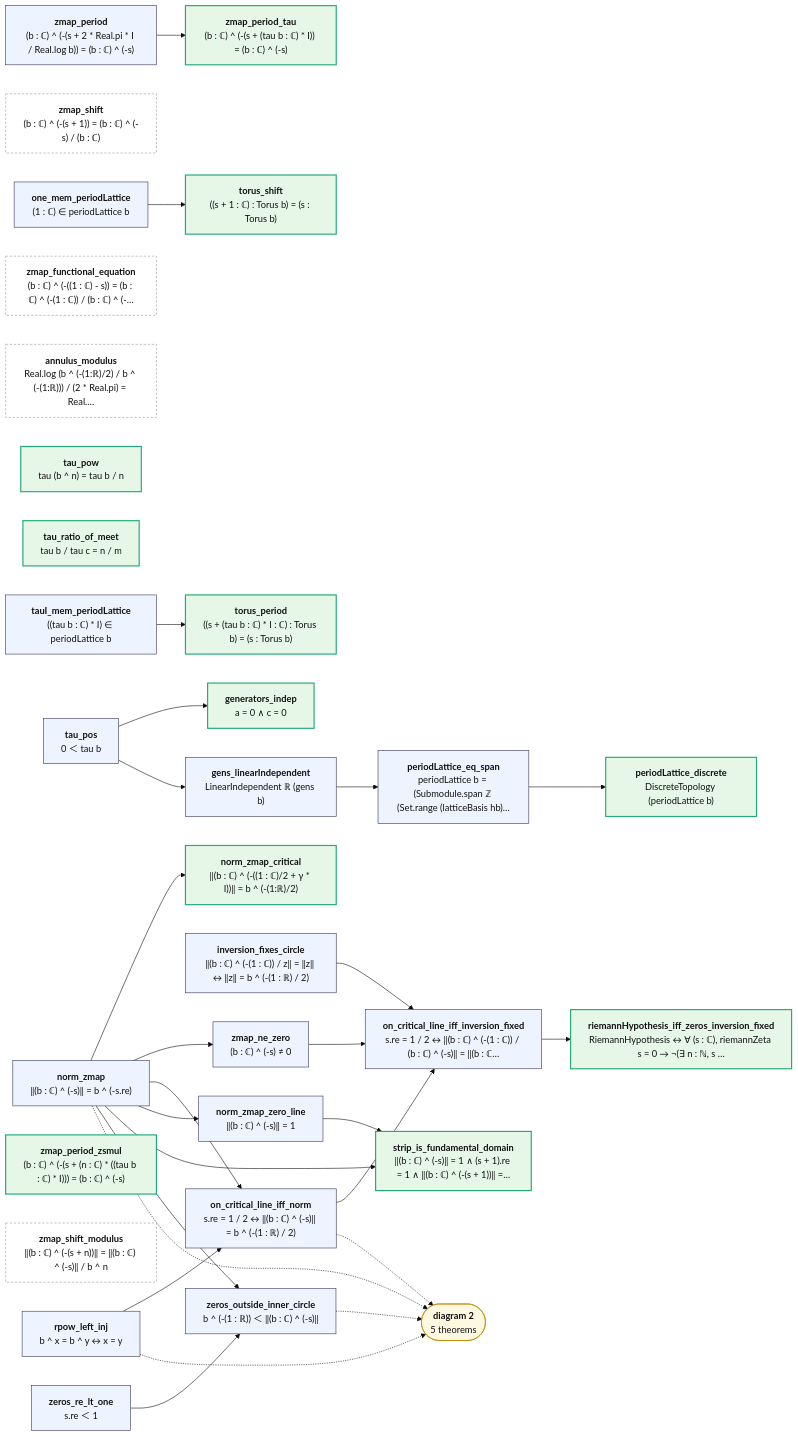
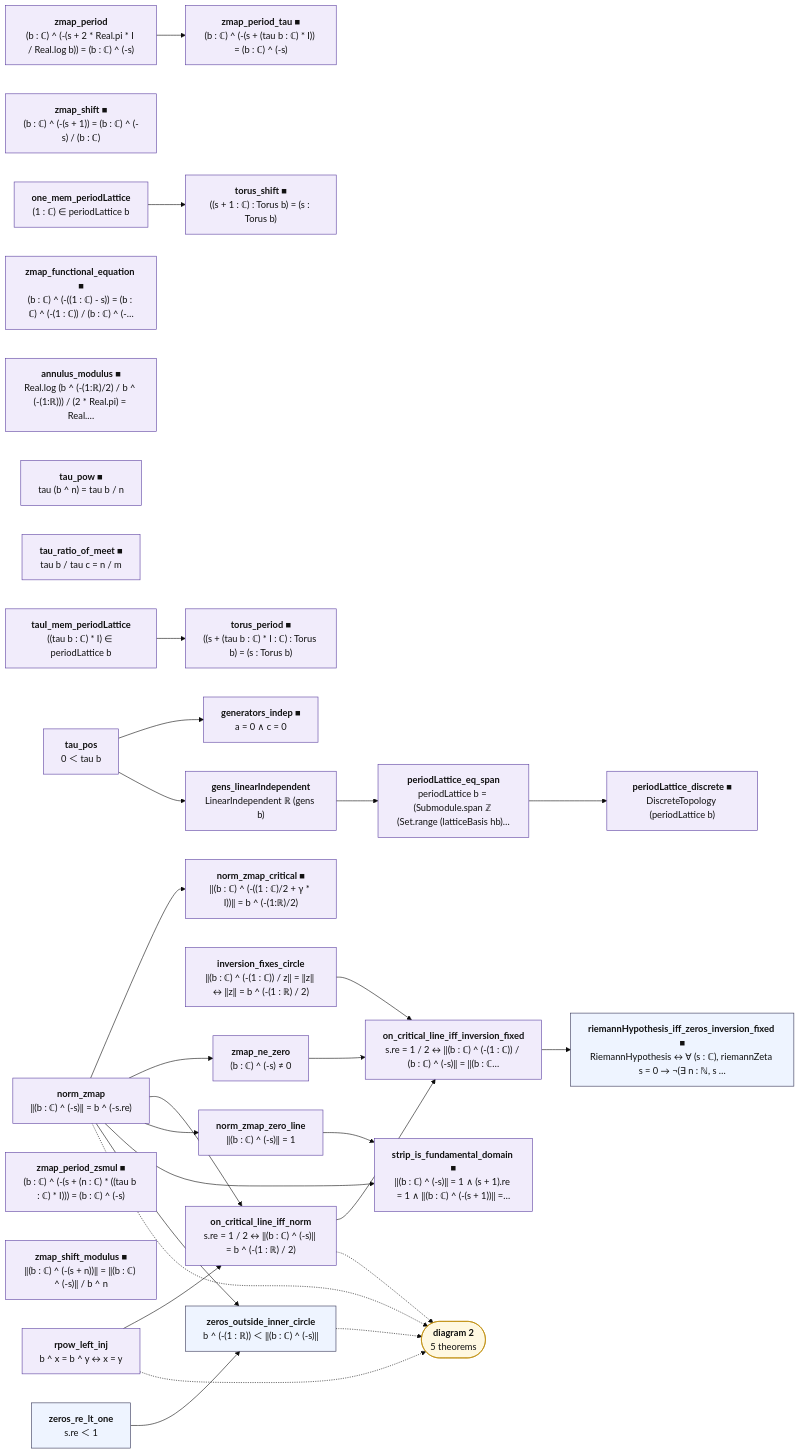
The first of 2 diagrams in map/lean/Transform.md (juliansambranojr/Primebeat_081426), drawn with Mermaid (base theme) before and after one commit. The commit also changed other lines of this file and 398 other files, not shown here.

First line of the commit message:
map: the table first. Three layers from Lean's record of each proof and everything beneath it: counting (integers only), shape (analysis, no zeta), reads zeta; map/TABLE.md lists every counting theorem; the Riemann hypothesis is drawn as one reading at the edge

````diff
--- a/map/lean/Transform.md
+++ b/map/lean/Transform.md
@@ -14,63 +14,66 @@
 ```mermaid
 flowchart LR
-  n0["<b>norm_zmap</b><br/>‖(b : ℂ) ^ (-s)‖ = b ^ (-s.re)"]:::thm
-  n1["<b>norm_zmap_critical</b><br/>‖(b : ℂ) ^ (-((1 : ℂ)/2 + γ * I))‖ = b ^ (-(1:ℝ)/2)"]:::end_
-  n2["<b>zmap_shift</b><br/>(b : ℂ) ^ (-(s + 1)) = (b : ℂ) ^ (-s) / (b : ℂ)"]:::lone
-  n3["<b>zmap_period</b><br/>(b : ℂ) ^ (-(s + 2 * Real.pi * I / Real.log b)) = (b : ℂ) ^ (-s)"]:::thm
-  n4["<b>zmap_functional_equation</b><br/>(b : ℂ) ^ (-((1 : ℂ) - s)) = (b : ℂ) ^ (-(1 : ℂ)) / (b : ℂ) ^ (-…"]:::lone
-  n5["<b>annulus_modulus</b><br/>Real.log (b ^ (-(1:ℝ)/2) / b ^ (-(1:ℝ))) / (2 * Real.pi) = Real.…"]:::lone
-  n6["<b>zmap_period_tau</b><br/>(b : ℂ) ^ (-(s + (tau b : ℂ) * I)) = (b : ℂ) ^ (-s)"]:::end_
-  n7["<b>tau_pow</b><br/>tau (b ^ n) = tau b / n"]:::end_
-  n8["<b>tau_ratio_of_meet</b><br/>tau b / tau c = n / m"]:::end_
-  n9["<b>one_mem_periodLattice</b><br/>(1 : ℂ) ∈ periodLattice b"]:::thm
-  n10["<b>tauI_mem_periodLattice</b><br/>((tau b : ℂ) * I) ∈ periodLattice b"]:::thm
-  n11["<b>tau_pos</b><br/>0 ＜ tau b"]:::thm
-  n12["<b>generators_indep</b><br/>a = 0 ∧ c = 0"]:::end_
-  n13["<b>gens_linearIndependent</b><br/>LinearIndependent ℝ (gens b)"]:::thm
-  n14["<b>periodLattice_eq_span</b><br/>periodLattice b = (Submodule.span ℤ (Set.range (latticeBasis hb)…"]:::thm
-  n15["<b>periodLattice_discrete</b><br/>DiscreteTopology (periodLattice b)"]:::end_
-  n16["<b>torus_shift</b><br/>((s + 1 : ℂ) : Torus b) = (s : Torus b)"]:::end_
-  n17["<b>torus_period</b><br/>((s + (tau b : ℂ) * I : ℂ) : Torus b) = (s : Torus b)"]:::end_
-  n18["<b>zmap_period_zsmul</b><br/>(b : ℂ) ^ (-(s + (n : ℂ) * ((tau b : ℂ) * I))) = (b : ℂ) ^ (-s)"]:::end_
-  n19["<b>zmap_shift_modulus</b><br/>‖(b : ℂ) ^ (-(s + n))‖ = ‖(b : ℂ) ^ (-s)‖ / b ^ n"]:::lone
-  n20["<b>inversion_fixes_circle</b><br/>‖(b : ℂ) ^ (-(1 : ℂ)) / z‖ = ‖z‖ ↔ ‖z‖ = b ^ (-(1 : ℝ) / 2)"]:::thm
-  n21["<b>rpow_left_inj</b><br/>b ^ x = b ^ y ↔ x = y"]:::thm
-  n22["<b>zmap_ne_zero</b><br/>(b : ℂ) ^ (-s) ≠ 0"]:::thm
-  n23["<b>on_critical_line_iff_norm</b><br/>s.re = 1 / 2 ↔ ‖(b : ℂ) ^ (-s)‖ = b ^ (-(1 : ℝ) / 2)"]:::thm
-  n24["<b>on_critical_line_iff_inversion_fixed</b><br/>s.re = 1 / 2 ↔ ‖(b : ℂ) ^ (-(1 : ℂ)) / (b : ℂ) ^ (-s)‖ = ‖(b : ℂ…"]:::thm
-  n25["<b>riemannHypothesis_iff_zeros_inversion_fixed</b><br/>RiemannHypothesis ↔ ∀ (s : ℂ), riemannZeta s = 0 → ¬(∃ n : ℕ, s …"]:::end_
-  n26["<b>norm_zmap_zero_line</b><br/>‖(b : ℂ) ^ (-s)‖ = 1"]:::thm
-  n27["<b>strip_is_fundamental_domain</b><br/>‖(b : ℂ) ^ (-s)‖ = 1 ∧ (s + 1).re = 1 ∧ ‖(b : ℂ) ^ (-(s + 1))‖ =…"]:::end_
+  n0["<b>norm_zmap</b><br/>‖(b : ℂ) ^ (-s)‖ = b ^ (-s.re)"]:::shp
+  n1["<b>norm_zmap_critical ■</b><br/>‖(b : ℂ) ^ (-((1 : ℂ)/2 + γ * I))‖ = b ^ (-(1:ℝ)/2)"]:::shp
+  n2["<b>zmap_shift ■</b><br/>(b : ℂ) ^ (-(s + 1)) = (b : ℂ) ^ (-s) / (b : ℂ)"]:::shp
+  n3["<b>zmap_period</b><br/>(b : ℂ) ^ (-(s + 2 * Real.pi * I / Real.log b)) = (b : ℂ) ^ (-s)"]:::shp
+  n4["<b>zmap_functional_equation ■</b><br/>(b : ℂ) ^ (-((1 : ℂ) - s)) = (b : ℂ) ^ (-(1 : ℂ)) / (b : ℂ) ^ (-…"]:::shp
+  n5["<b>annulus_modulus ■</b><br/>Real.log (b ^ (-(1:ℝ)/2) / b ^ (-(1:ℝ))) / (2 * Real.pi) = Real.…"]:::shp
+  n6["<b>zmap_period_tau ■</b><br/>(b : ℂ) ^ (-(s + (tau b : ℂ) * I)) = (b : ℂ) ^ (-s)"]:::shp
+  n7["<b>tau_pow ■</b><br/>tau (b ^ n) = tau b / n"]:::shp
+  n8["<b>tau_ratio_of_meet ■</b><br/>tau b / tau c = n / m"]:::shp
+  n9["<b>one_mem_periodLattice</b><br/>(1 : ℂ) ∈ periodLattice b"]:::shp
+  n10["<b>tauI_mem_periodLattice</b><br/>((tau b : ℂ) * I) ∈ periodLattice b"]:::shp
+  n11["<b>tau_pos</b><br/>0 ＜ tau b"]:::shp
+  n12["<b>generators_indep ■</b><br/>a = 0 ∧ c = 0"]:::shp
+  n13["<b>gens_linearIndependent</b><br/>LinearIndependent ℝ (gens b)"]:::shp
+  n14["<b>periodLattice_eq_span</b><br/>periodLattice b = (Submodule.span ℤ (Set.range (latticeBasis hb)…"]:::shp
+  n15["<b>periodLattice_discrete ■</b><br/>DiscreteTopology (periodLattice b)"]:::shp
+  n16["<b>torus_shift ■</b><br/>((s + 1 : ℂ) : Torus b) = (s : Torus b)"]:::shp
+  n17["<b>torus_period ■</b><br/>((s + (tau b : ℂ) * I : ℂ) : Torus b) = (s : Torus b)"]:::shp
+  n18["<b>zmap_period_zsmul ■</b><br/>(b : ℂ) ^ (-(s + (n : ℂ) * ((tau b : ℂ) * I))) = (b : ℂ) ^ (-s)"]:::shp
+  n19["<b>zmap_shift_modulus ■</b><br/>‖(b : ℂ) ^ (-(s + n))‖ = ‖(b : ℂ) ^ (-s)‖ / b ^ n"]:::shp
+  n20["<b>inversion_fixes_circle</b><br/>‖(b : ℂ) ^ (-(1 : ℂ)) / z‖ = ‖z‖ ↔ ‖z‖ = b ^ (-(1 : ℝ) / 2)"]:::shp
+  n21["<b>rpow_left_inj</b><br/>b ^ x = b ^ y ↔ x = y"]:::shp
+  n22["<b>zmap_ne_zero</b><br/>(b : ℂ) ^ (-s) ≠ 0"]:::shp
+  n23["<b>on_critical_line_iff_norm</b><br/>s.re = 1 / 2 ↔ ‖(b : ℂ) ^ (-s)‖ = b ^ (-(1 : ℝ) / 2)"]:::shp
+  n24["<b>on_critical_line_iff_inversion_fixed</b><br/>s.re = 1 / 2 ↔ ‖(b : ℂ) ^ (-(1 : ℂ)) / (b : ℂ) ^ (-s)‖ = ‖(b : ℂ…"]:::shp
+  n25["<b>riemannHypothesis_iff_zeros_inversion_fixed ■</b><br/>RiemannHypothesis ↔ ∀ (s : ℂ), riemannZeta s = 0 → ¬(∃ n : ℕ, s …"]:::thm
+  n26["<b>norm_zmap_zero_line</b><br/>‖(b : ℂ) ^ (-s)‖ = 1"]:::shp
+  n27["<b>strip_is_fundamental_domain ■</b><br/>‖(b : ℂ) ^ (-s)‖ = 1 ∧ (s + 1).re = 1 ∧ ‖(b : ℂ) ^ (-(s + 1))‖ =…"]:::shp
   n28["<b>zeros_re_lt_one</b><br/>s.re ＜ 1"]:::thm
   n29["<b>zeros_outside_inner_circle</b><br/>b ^ (-(1 : ℝ)) ＜ ‖(b : ℂ) ^ (-s)‖"]:::thm
   x0(["<b>diagram 2</b><br/>5 theorems"]):::ext
   n0 --> n1
   n0 --> n22
   n0 --> n23
   n0 --> n26
   n0 --> n27
   n0 --> n29
   n10 --> n17
   n11 --> n12
   n11 --> n13
   n13 --> n14
   n14 --> n15
   n20 --> n24
   n21 --> n23
   n22 --> n24
   n23 --> n24
   n24 --> n25
   n26 --> n27
   n28 --> n29
   n3 --> n6
   n9 --> n16
   n0 -.-> x0
   n21 -.-> x0
   n23 -.-> x0
   n29 -.-> x0
+  classDef cnt fill:#dff5ec,stroke:#17694a,color:#111
+  classDef shp fill:#f1ecfb,stroke:#5b3fa0,color:#111
+  classDef rh fill:#ffe5e5,stroke:#c22,color:#111,stroke-width:2px
   classDef thm fill:#eef4ff,stroke:#335,color:#111
   classDef end_ fill:#e7f7e7,stroke:#2a7,color:#111,stroke-width:2px
   classDef lone fill:#fff,stroke:#999,color:#111,stroke-dasharray:4 3
   classDef bad fill:#ffe5e5,stroke:#c22,color:#111,stroke-width:2px
   classDef ext fill:#fff8e1,stroke:#b80,color:#111
 ```
````
